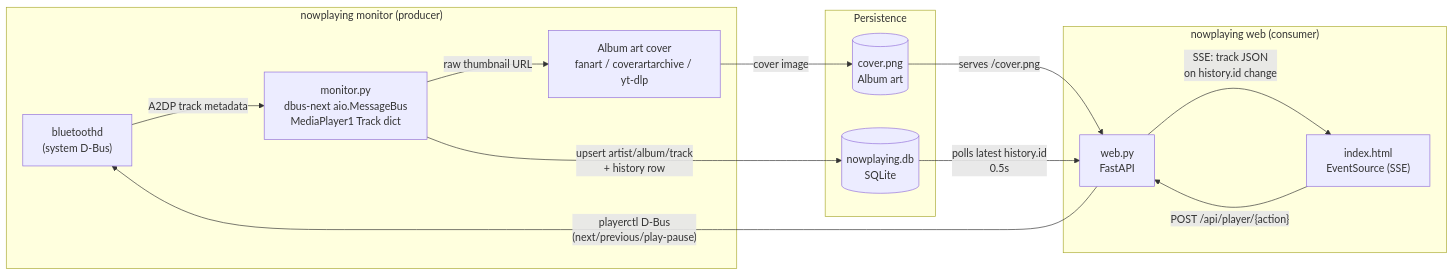
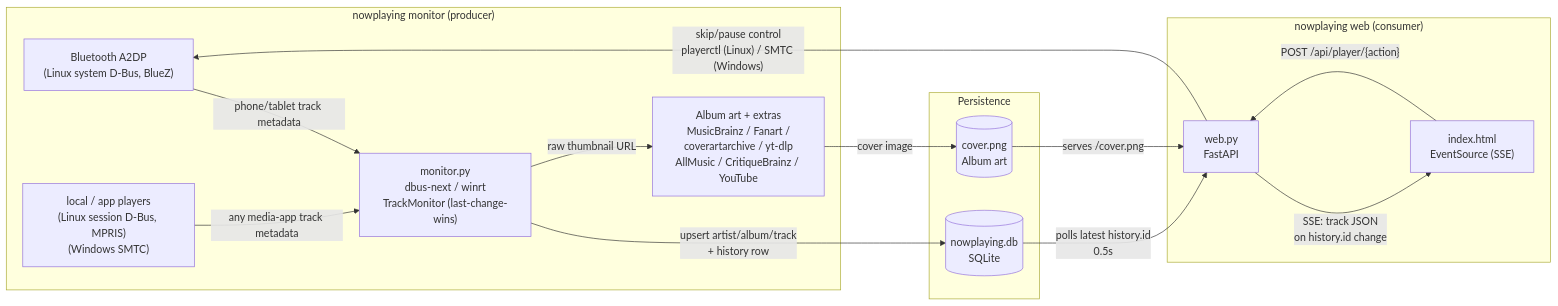
One commit to debjan/nowplaying changed the diagram in README.md. Above: the diagram before and after it, drawn with Mermaid. The commit also changed other lines of this file and 15 other files, not shown here.

````diff
--- a/README.md
+++ b/README.md
@@ -11,28 +16,30 @@
 ```mermaid
 flowchart LR
     subgraph Producer["nowplaying monitor (producer)"]
-        BT["bluetoothd<br/>(system D-Bus)"]
-        MON["monitor.py<br/>dbus-next aio.MessageBus<br/>MediaPlayer1 Track dict"]
-        CR["Album art cover<br/>fanart / coverartarchive / yt-dlp"]
+        BT["Bluetooth A2DP<br/>(Linux system D-Bus, BlueZ)"]
+        LP["local / app players<br/>(Linux session D-Bus, MPRIS)<br/>(Windows SMTC)"]
+        MON["monitor.py<br/>dbus-next / winrt<br/>TrackMonitor (last-change-wins)"]
+        CR["Album art + extras<br/>MusicBrainz / Fanart /<br/>coverartarchive / yt-dlp<br/>AllMusic / CritiqueBrainz / YouTube"]
     end
 
     subgraph Storage["Persistence"]
         DB[("nowplaying.db<br/>SQLite")]
         COVER[("cover.png<br/>Album art")]
     end
 
     subgraph Consumer["nowplaying web (consumer)"]
         WEB["web.py<br/>FastAPI"]
         UI["index.html<br/>EventSource (SSE)"]
     end
 
-    BT -->|"A2DP track metadata"| MON
+    BT -->|"phone/tablet track metadata"| MON
+    LP -->|"any media-app track metadata"| MON
     MON -->|"upsert artist/album/track<br/>+ history row"| DB
     MON -->|"raw thumbnail URL"| CR
     CR -->|"cover image"| COVER
     COVER -->|"serves /cover.png"| WEB
     DB -->|"polls latest history.id<br/>0.5s"| WEB
     WEB -->|"SSE: track JSON<br/>on history.id change"| UI
     UI -->|"POST /api/player/{action}"| WEB
-    WEB -->|"playerctl D-Bus<br/>(next/previous/play-pause)"| BT
+    WEB -->|"skip/pause control<br/>playerctl (Linux) / SMTC (Windows)"| BT
 ```
````
